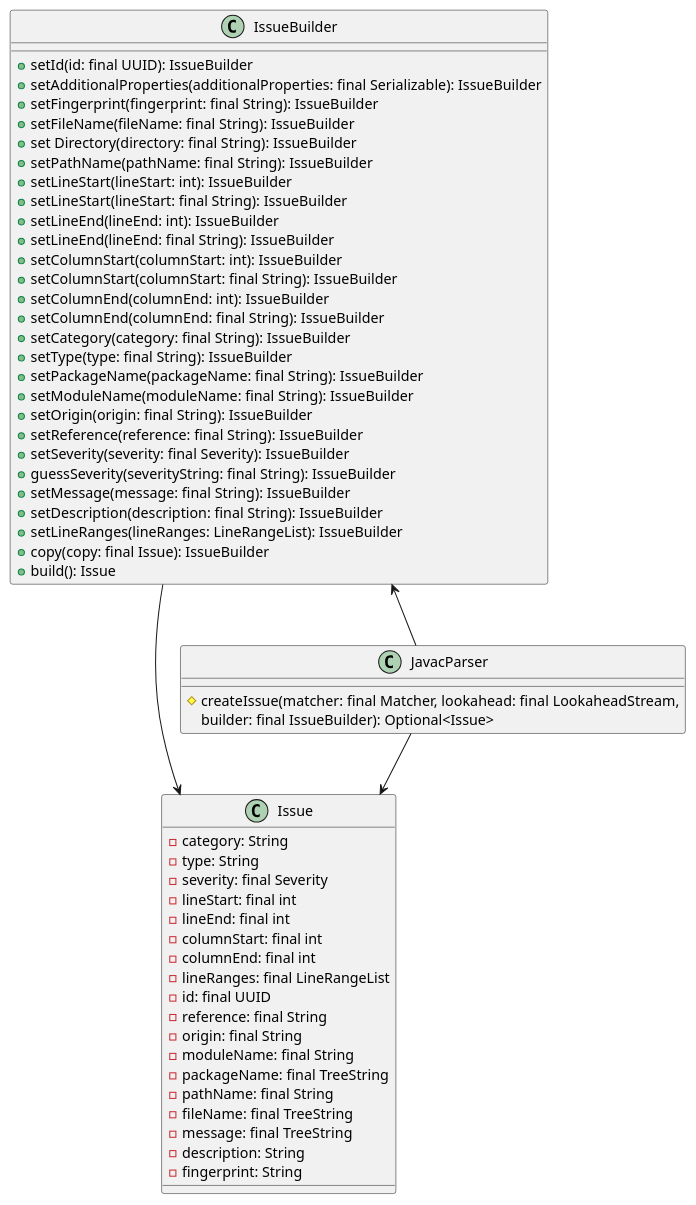
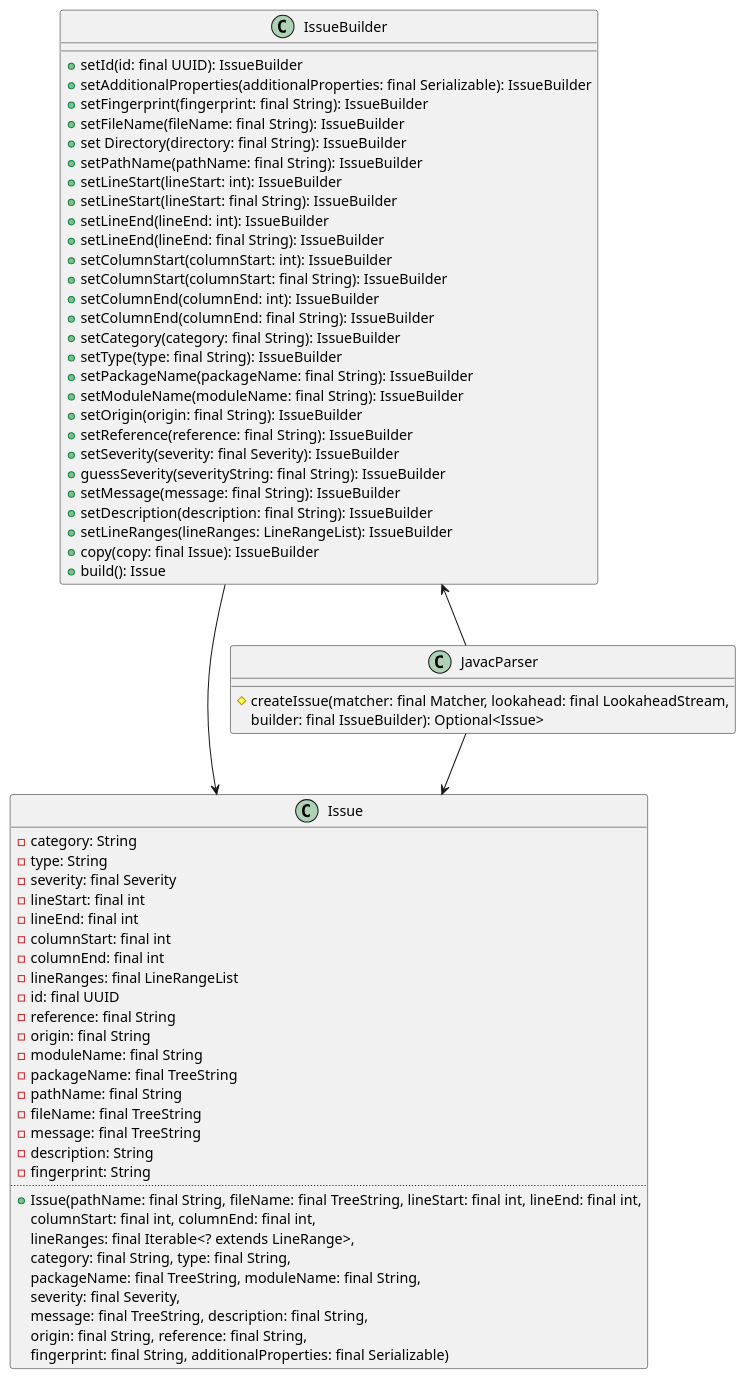
Before and after one commit to jenkinsci/analysis-model: the diagram in doc/BuilderPattern-Issue.puml, drawn with PlantUML. The commit also changed 8 other files, not shown here.

Commit message:
Improved on the UML Diagrams and added tests for the new LineRangeBuilder and IssueDifferenceBuilder. Also incremented the version in the pom.xml

```diff
--- a/doc/BuilderPattern-Issue.puml
+++ b/doc/BuilderPattern-Issue.puml
@@ -1,63 +1,73 @@
 @startuml
 
 class Issue {
     - category: String
     - type: String
     - severity: final Severity
     - lineStart: final int
     - lineEnd: final int
     - columnStart: final int
     - columnEnd: final int
     - lineRanges: final LineRangeList
     - id: final UUID
     - reference: final String
     - origin: final String
     - moduleName: final String
     - packageName: final TreeString
     - pathName: final String
     - fileName: final TreeString
     - message: final TreeString
     - description: String
     - fingerprint: String
+    ..
+    + Issue(pathName: final String, fileName: final TreeString, lineStart: final int, lineEnd: final int,
+    columnStart: final int, columnEnd: final int,
+    lineRanges: final Iterable<? extends LineRange>,
+    category: final String, type: final String,
+    packageName: final TreeString, moduleName: final String,
+    severity: final Severity,
+    message: final TreeString, description: final String,
+    origin: final String, reference: final String,
+    fingerprint: final String, additionalProperties: final Serializable)
 }
 
 class IssueBuilder {
     + setId(id: final UUID): IssueBuilder
     + setAdditionalProperties(additionalProperties: final Serializable): IssueBuilder
     + setFingerprint(fingerprint: final String): IssueBuilder
     + setFileName(fileName: final String): IssueBuilder
     + set Directory(directory: final String): IssueBuilder
     + setPathName(pathName: final String): IssueBuilder
     + setLineStart(lineStart: int): IssueBuilder
     + setLineStart(lineStart: final String): IssueBuilder
     + setLineEnd(lineEnd: int): IssueBuilder
     + setLineEnd(lineEnd: final String): IssueBuilder
     + setColumnStart(columnStart: int): IssueBuilder
     + setColumnStart(columnStart: final String): IssueBuilder
     + setColumnEnd(columnEnd: int): IssueBuilder
     + setColumnEnd(columnEnd: final String): IssueBuilder
     + setCategory(category: final String): IssueBuilder
     + setType(type: final String): IssueBuilder
     + setPackageName(packageName: final String): IssueBuilder
     + setModuleName(moduleName: final String): IssueBuilder
     + setOrigin(origin: final String): IssueBuilder
     + setReference(reference: final String): IssueBuilder
     + setSeverity(severity: final Severity): IssueBuilder
     + guessSeverity(severityString: final String): IssueBuilder
     + setMessage(message: final String): IssueBuilder
     + setDescription(description: final String): IssueBuilder
     + setLineRanges(lineRanges: LineRangeList): IssueBuilder
     + copy(copy: final Issue): IssueBuilder
     + build(): Issue
 }
 
 class JavacParser {
     # createIssue(matcher: final Matcher, lookahead: final LookaheadStream,
             builder: final IssueBuilder): Optional<Issue>
 }
 
 IssueBuilder --> Issue
 JavacParser --> Issue
 JavacParser -up-> IssueBuilder
 
 @enduml
```
